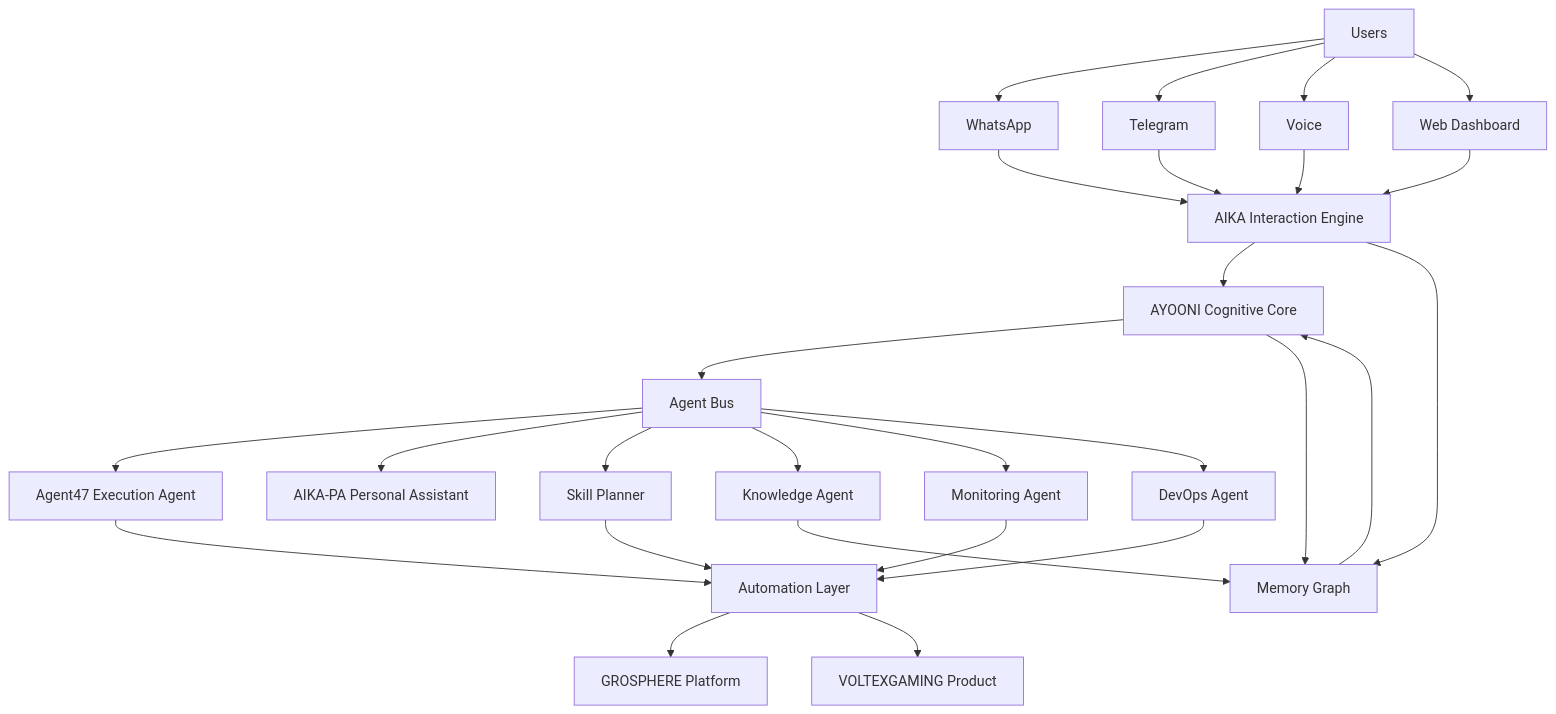
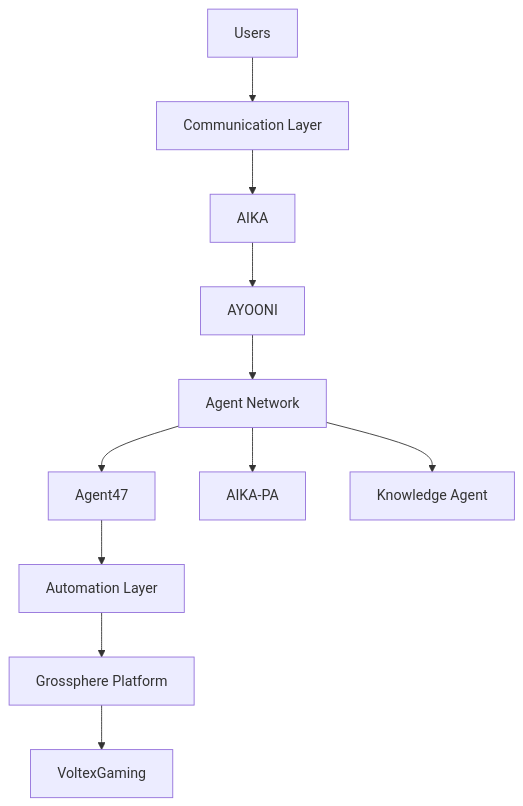
The diagram in docs/ASGARDIA_MASTER_ARCHITECTURE.md (Davidcarmelalex/Davidcarmelalex), drawn with Mermaid before and after one commit. The commit also changed other lines of this file, not shown here.

Commit message:
Refine master brain architecture to neutral technical model

````diff
--- a/docs/ASGARDIA_MASTER_ARCHITECTURE.md
+++ b/docs/ASGARDIA_MASTER_ARCHITECTURE.md
@@ -49,37 +139,13 @@
 ```mermaid
 graph TD
-
-U[Users] --> WA[WhatsApp]
-U --> TG[Telegram]
-U --> VC[Voice]
-U --> WB[Web Dashboard]
-
-WA --> AIKA[AIKA Interaction Engine]
-TG --> AIKA
-VC --> AIKA
-WB --> AIKA
-
-AIKA --> AYOONI[AYOONI Cognitive Core]
-
-AYOONI --> BUS[Agent Bus]
-BUS --> A47[Agent47 Execution Agent]
-BUS --> APA[AIKA-PA Personal Assistant]
-BUS --> SPL[Skill Planner]
-BUS --> KAG[Knowledge Agent]
-BUS --> MAG[Monitoring Agent]
-BUS --> DAG[DevOps Agent]
-
+USERS[Users] --> COMM[Communication Layer]
+COMM --> AIKA[AIKA]
+AIKA --> AYOONI[AYOONI]
+AYOONI --> NET[Agent Network]
+NET --> A47[Agent47]
+NET --> APA[AIKA-PA]
+NET --> KAG[Knowledge Agent]
 A47 --> AUTO[Automation Layer]
-SPL --> AUTO
-DAG --> AUTO
-MAG --> AUTO
-
-AUTO --> GRS[GROSPHERE Platform]
-AUTO --> VTX[VOLTEXGAMING Product]
-
-AYOONI --> MEM[Memory Graph]
-AIKA --> MEM
-KAG --> MEM
-
-MEM --> AYOONI
+AUTO --> GRS[Grossphere Platform]
+GRS --> VTX[VoltexGaming]
 ```
````
